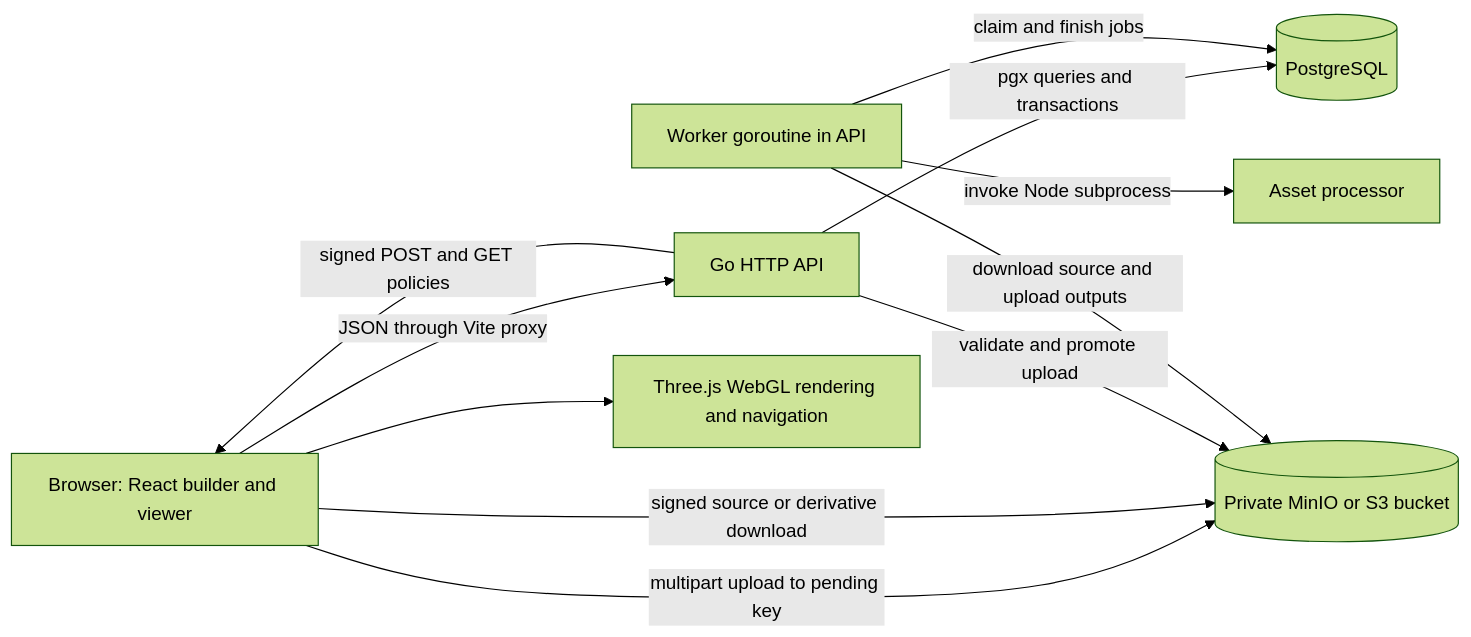
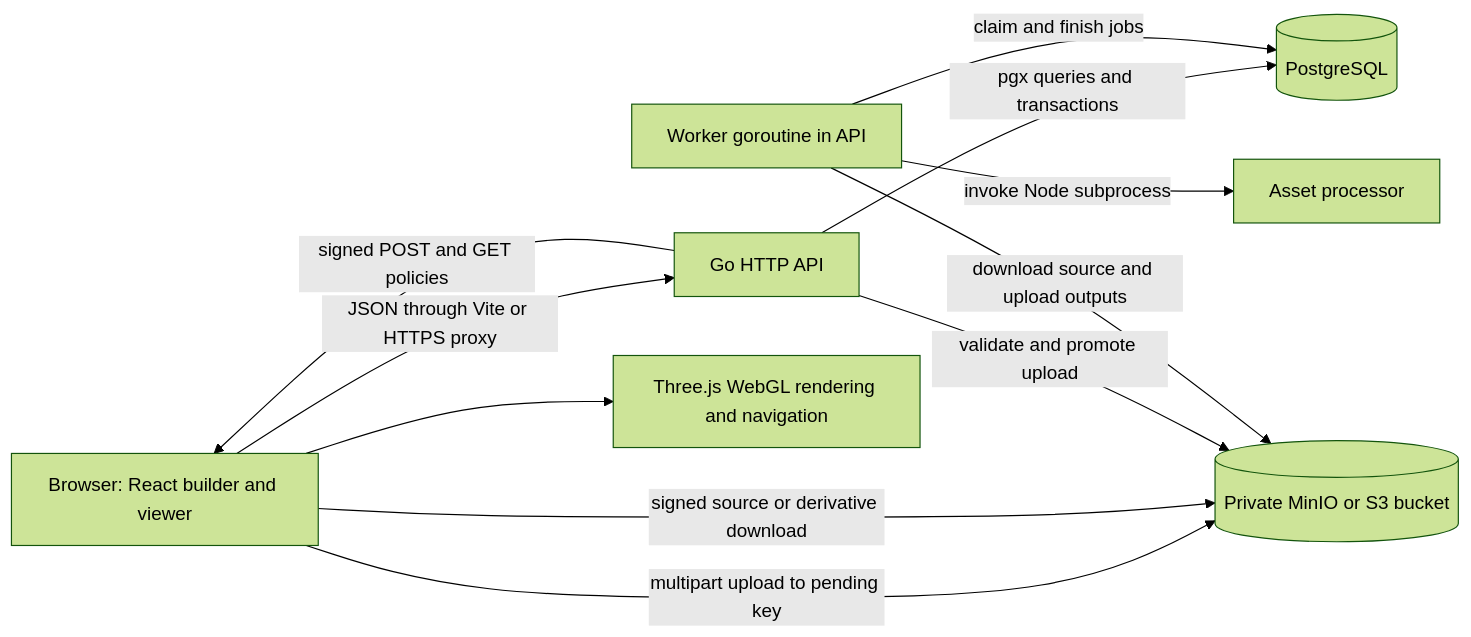
Before and after one commit to apache261/Roomweft: the first of 3 diagrams in technical.md, drawn with Mermaid (forest theme). The commit also changed other lines of this file, not shown here.

Commit message:
docs: document production HTTPS deployment and reviewed chunk lifecycle

````diff
--- a/technical.md
+++ b/technical.md
@@ -43,13 +44,13 @@
 ```mermaid
 flowchart LR
-    B[Browser: React builder and viewer] -->|JSON through Vite proxy| A[Go HTTP API]
+    B[Browser: React builder and viewer] -->|JSON through Vite or HTTPS proxy| A[Go HTTP API]
     A -->|pgx queries and transactions| D[(PostgreSQL)]
     A -->|signed POST and GET policies| B
     B -->|multipart upload to pending key| S[(Private MinIO or S3 bucket)]
     B -->|signed source or derivative download| S
     A -->|validate and promote upload| S
     W[Worker goroutine in API] -->|claim and finish jobs| D
     W -->|download source and upload outputs| S
     W -->|invoke Node subprocess| P[Asset processor]
     B --> V[Three.js WebGL rendering and navigation]
 ```
````
